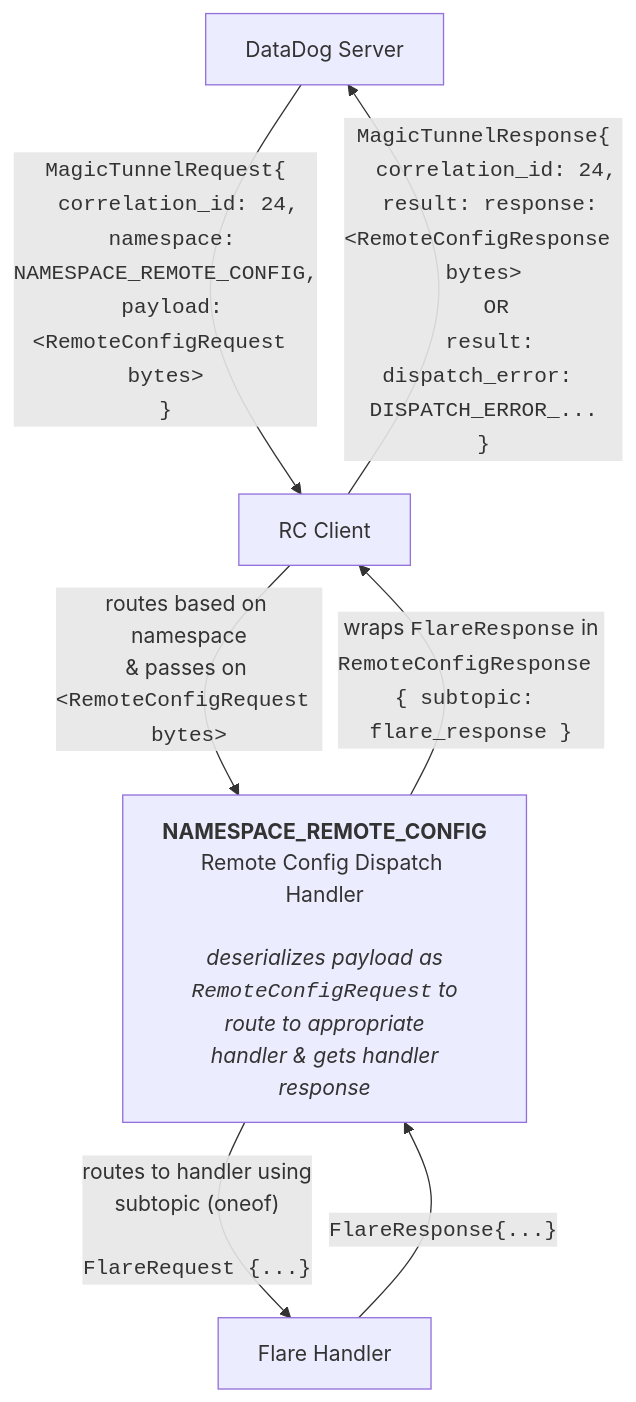
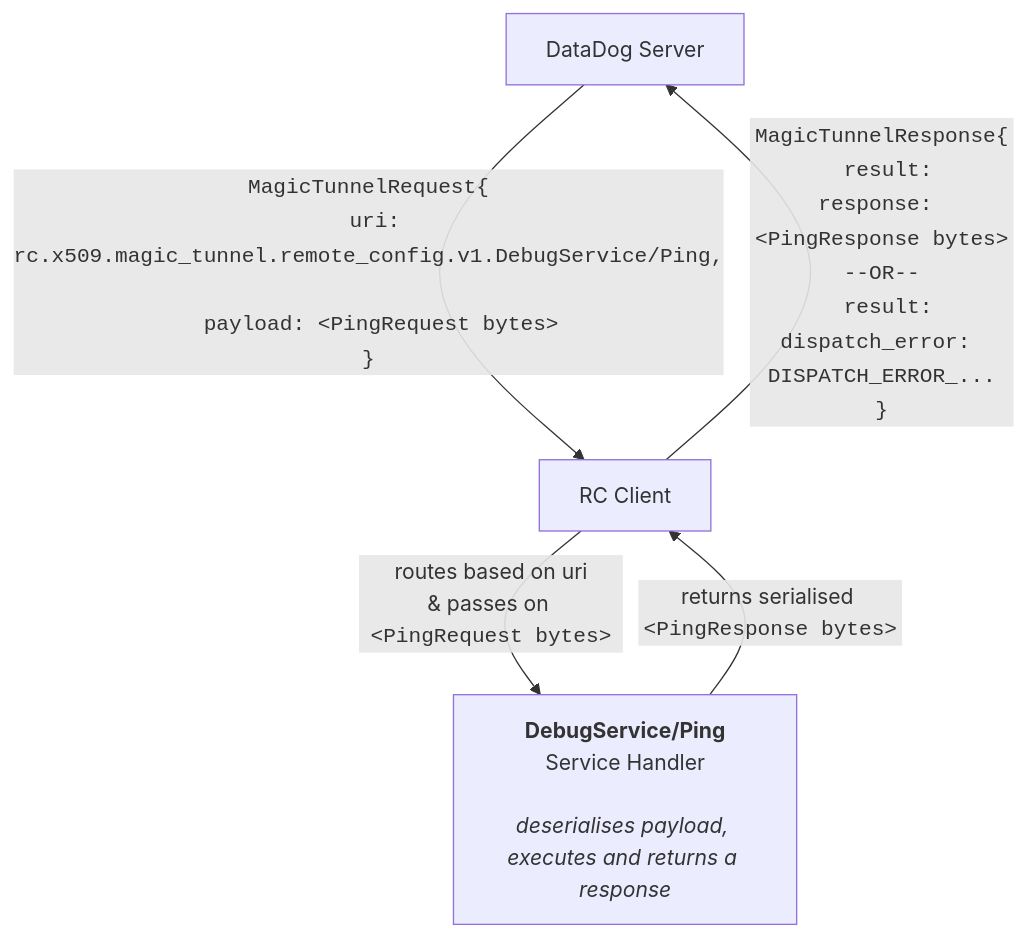
Before and after one commit to DataDog/libdd-rc: the diagram in lib/rc-x509-proto/protos/magic_tunnel/README.md, drawn with Mermaid. The commit also changed other lines of this file and 2 other files, not shown here.

First line of the commit message:
docs(proposal): URI-based routing in MT protocol

````diff
--- a/lib/rc-x509-proto/protos/magic_tunnel/README.md
+++ b/lib/rc-x509-proto/protos/magic_tunnel/README.md
@@ -17,28 +25,23 @@
 ```mermaid
 graph TD
     %% Nodes
     DD[DataDog Server]
     RC[RC Client]
 
-    DH["<b>NAMESPACE_REMOTE_CONFIG</b><br/>Remote Config Dispatch Handler<br/><br/><i>deserializes payload as<br/><code>RemoteConfigRequest</code> to<br/>route to appropriate<br/>handler & gets handler<br/>response</i>"]
+    DH["<b>DebugService/Ping</b><br/>Service Handler<br/><br/><i>deserialises payload, executes and returns a response</i>"]
 
-    FH[Flare Handler]
 
     %% Connections with Labels using <code> for monospacing
-    DD -- "<code>MagicTunnelRequest{<br/>  correlation_id: 24,<br/>  namespace: NAMESPACE_REMOTE_CONFIG,<br/>  payload: &lt;RemoteConfigRequest bytes&gt;<br/>}</code>" --> RC
+    DD -- "<code>MagicTunnelRequest{<br/>  uri: rc.x509.magic_tunnel.remote_config.v1.DebugService/Ping,<br/><br/>  payload: &lt;PingRequest bytes&gt;<br/>}</code>" --> RC
 
-    RC -- "<code>MagicTunnelResponse{<br/>  correlation_id: 24,<br/>  result: response: &lt;RemoteConfigResponse bytes&gt;<br/>  OR<br/>  result: dispatch_error: DISPATCH_ERROR_...<br/>}</code>" --> DD
+    RC -- "<code>MagicTunnelResponse{<br/> result:<br />response: &lt;PingResponse bytes&gt;<br/>--OR--<br/>  result: dispatch_error: DISPATCH_ERROR_...<br/>}</code>" --> DD
 
-    RC -- "routes based on namespace<br/>& passes on <code>&lt;RemoteConfigRequest bytes&gt;</code>" --> DH
+    RC -- "routes based on uri<br/>& passes on <code>&lt;PingRequest bytes&gt;</code>" --> DH
 
-    DH -- "wraps <code>FlareResponse</code> in<br/><code>RemoteConfigResponse { subtopic: flare_response }</code>" --> RC
+    DH -- "returns serialised <code>&lt;PingResponse bytes&gt;</code>" --> RC
 
-    DH -- "routes to handler using<br/>subtopic (oneof)<br/><br/><code>FlareRequest {...}</code>" --> FH
-
-    FH -- "<code>FlareResponse{...}</code>" --> DH
 
     %% Styling
     style DH text-align:center
     style RC padding:10px
-    style FH padding:10px
 ```
````
